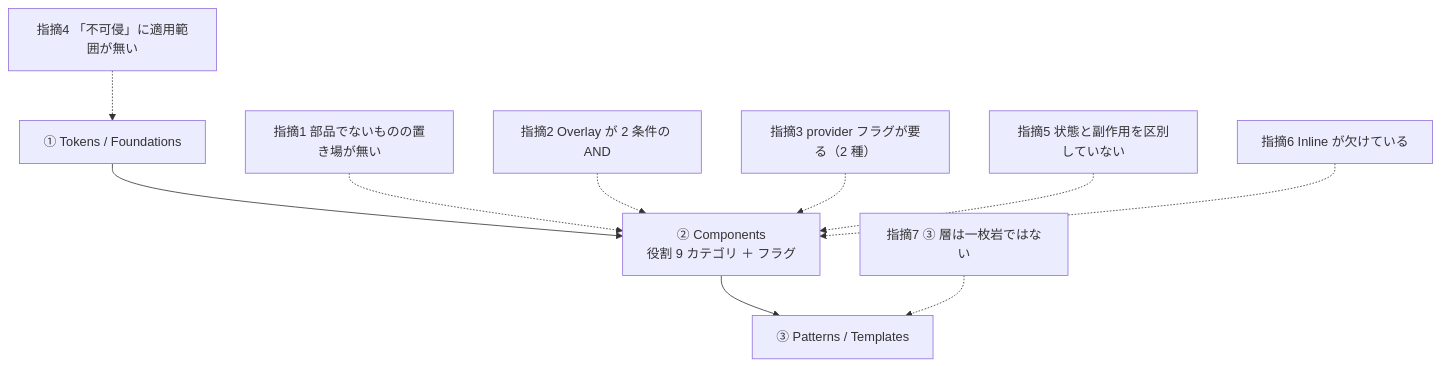
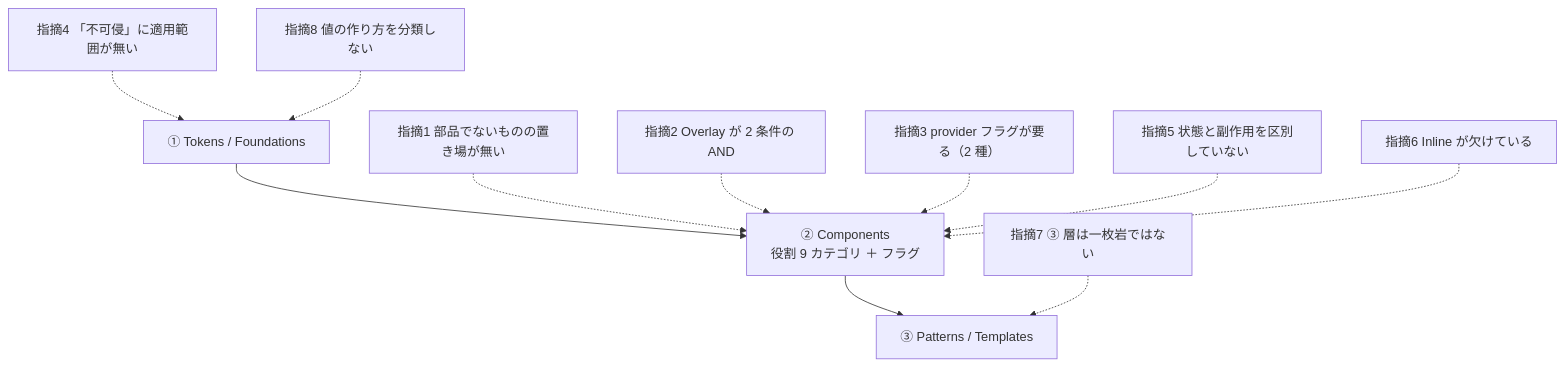
Before and after one commit to yatami0/design: the diagram in docs/共通コンポーネント思想への指摘.md, drawn with Mermaid. The commit also changed other lines of this file and 4 other files, not shown here.

````diff
--- a/docs/共通コンポーネント思想への指摘.md
+++ b/docs/共通コンポーネント思想への指摘.md
@@ -164,16 +208,17 @@
 ```mermaid
 flowchart TD
   T1["① Tokens / Foundations"]
   T2["② Components<br/>役割 9 カテゴリ ＋ フラグ"]
   T3["③ Patterns / Templates"]
 
   T1 --> T2 --> T3
 
   P4["指摘4 「不可侵」に適用範囲が無い"] -.-> T1
+  P8["指摘8 値の作り方を分類しない"] -.-> T1
   P1["指摘1 部品でないものの置き場が無い"] -.-> T2
   P2["指摘2 Overlay が 2 条件の AND"] -.-> T2
   P3["指摘3 provider フラグが要る（2 種）"] -.-> T2
   P5["指摘5 状態と副作用を区別していない"] -.-> T2
   P6["指摘6 Inline が欠けている"] -.-> T2
   P7["指摘7 ③ 層は一枚岩ではない"] -.-> T3
 ```
````
